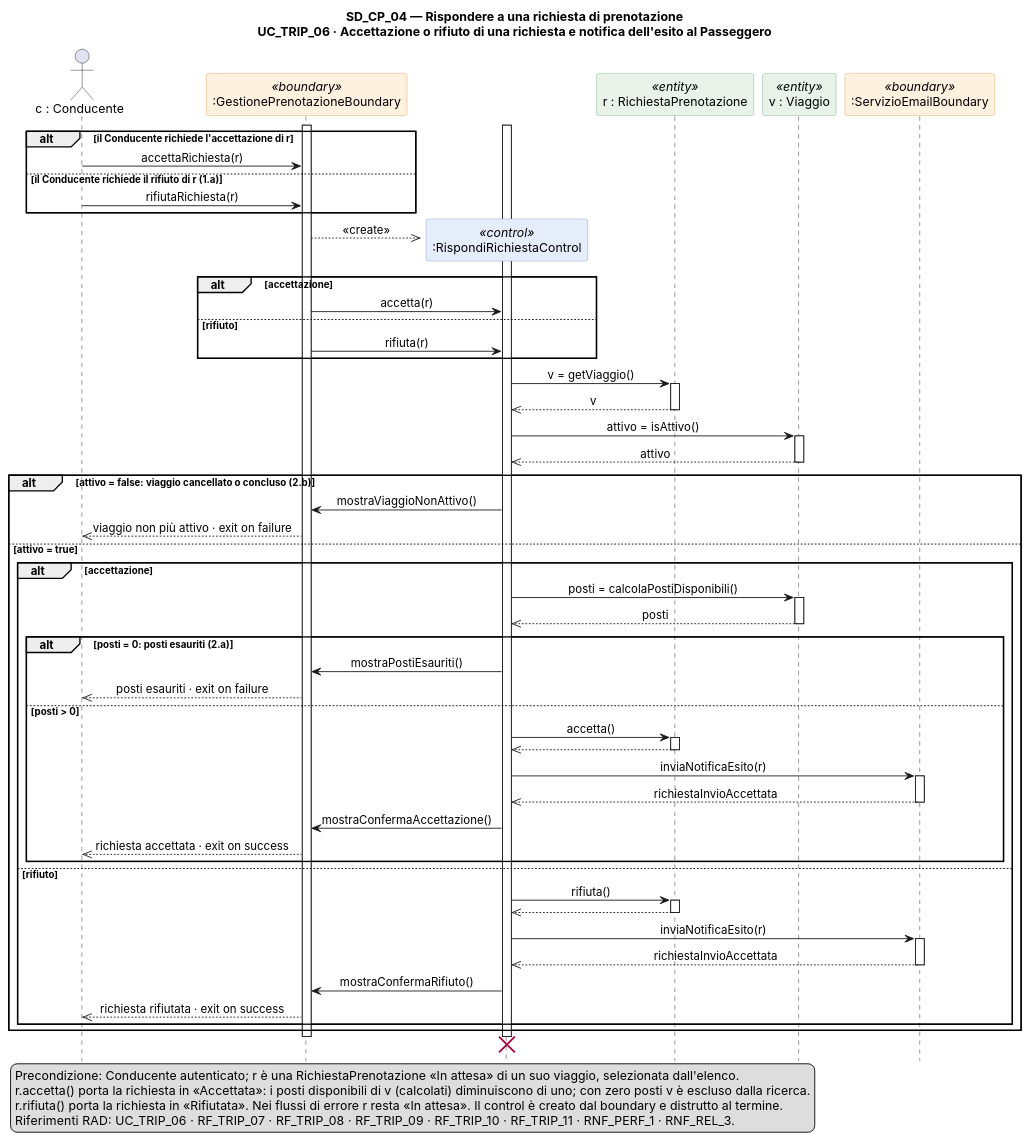
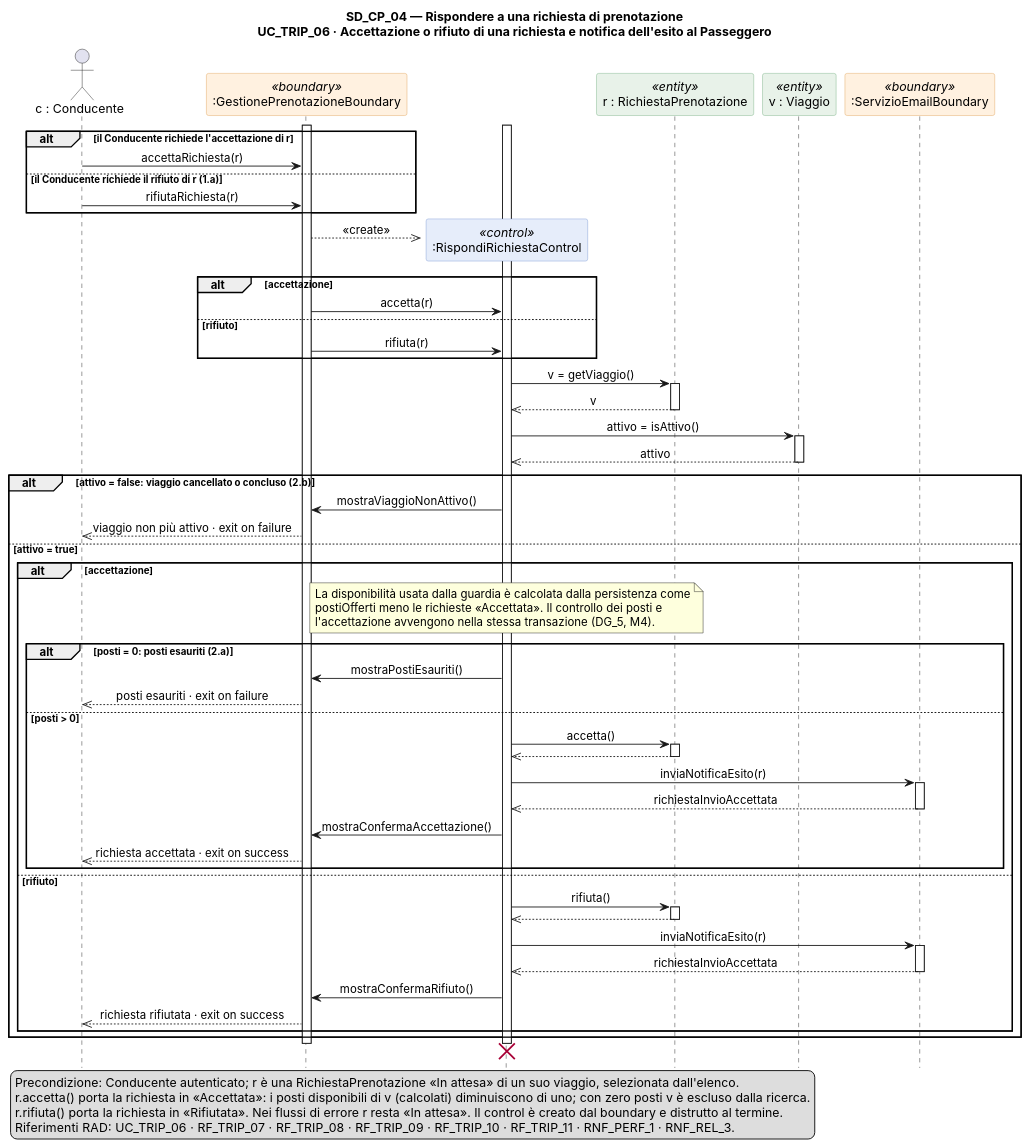
Before and after one commit to CarPool-C03/CarPool: the diagram in docs/modelli/SD_CP_04_Rispondere_richiesta_prenotazione.puml, drawn with PlantUML. The commit also changed 25 other files, not shown here.

```diff
--- a/docs/modelli/SD_CP_04_Rispondere_richiesta_prenotazione.puml
+++ b/docs/modelli/SD_CP_04_Rispondere_richiesta_prenotazione.puml
@@ -1,94 +1,95 @@
 @startuml SD_CP_04
 ' SD_CP_04 — Sequence Diagram di UC_TRIP_06: Rispondere a una richiesta di prenotazione
 skinparam shadowing false
 skinparam defaultFontName Inter
 skinparam sequenceMessageAlign center
 skinparam participant {
   BackgroundColor<<boundary>> #FFF1E0
   BorderColor<<boundary>> #E0A35A
   BackgroundColor<<control>> #E6EDFA
   BorderColor<<control>> #7D9BD6
   BackgroundColor<<entity>> #E8F2E9
   BorderColor<<entity>> #79B184
 }
 hide footbox
 title SD_CP_04 — Rispondere a una richiesta di prenotazione\nUC_TRIP_06 · Accettazione o rifiuto di una richiesta e notifica dell'esito al Passeggero
 
 actor "c : Conducente" as CD
 participant ":GestionePrenotazioneBoundary" as B <<boundary>>
 participant ":RispondiRichiestaControl" as C <<control>>
 participant "r : RichiestaPrenotazione" as R <<entity>>
 participant "v : Viaggio" as V <<entity>>
 participant ":ServizioEmailBoundary" as SE <<boundary>>
 
 alt il Conducente richiede l'accettazione di r
   CD -> B : accettaRichiesta(r)
 else il Conducente richiede il rifiuto di r (1.a)
   CD -> B : rifiutaRichiesta(r)
 end
 activate B
 create C
 B -->> C : <<create>>
 alt accettazione
   B -> C : accetta(r)
 else rifiuto
   B -> C : rifiuta(r)
 end
 activate C
 C -> R : v = getViaggio()
 activate R
 R -->> C : v
 deactivate R
 C -> V : attivo = isAttivo()
 activate V
 V -->> C : attivo
 deactivate V
 
 alt attivo = false: viaggio cancellato o concluso (2.b)
   C -> B : mostraViaggioNonAttivo()
   B -->> CD : viaggio non più attivo · exit on failure
 else attivo = true
   alt accettazione
-    C -> V : posti = calcolaPostiDisponibili()
-    activate V
-    V -->> C : posti
-    deactivate V
+    note over C
+      La disponibilità usata dalla guardia è calcolata dalla persistenza come
+      postiOfferti meno le richieste «Accettata». Il controllo dei posti e
+      l'accettazione avvengono nella stessa transazione (DG_5, M4).
+    end note
     alt posti = 0: posti esauriti (2.a)
       C -> B : mostraPostiEsauriti()
       B -->> CD : posti esauriti · exit on failure
     else posti > 0
       C -> R : accetta()
       activate R
       R -->> C
       deactivate R
       C -> SE : inviaNotificaEsito(r)
       activate SE
       SE -->> C : richiestaInvioAccettata
       deactivate SE
       C -> B : mostraConfermaAccettazione()
       B -->> CD : richiesta accettata · exit on success
     end
   else rifiuto
     C -> R : rifiuta()
     activate R
     R -->> C
     deactivate R
     C -> SE : inviaNotificaEsito(r)
     activate SE
     SE -->> C : richiestaInvioAccettata
     deactivate SE
     C -> B : mostraConfermaRifiuto()
     B -->> CD : richiesta rifiutata · exit on success
   end
 end
 deactivate C
 deactivate B
 destroy C
 
 legend bottom left
   Precondizione: Conducente autenticato; r è una RichiestaPrenotazione «In attesa» di un suo viaggio, selezionata dall'elenco.
   r.accetta() porta la richiesta in «Accettata»: i posti disponibili di v (calcolati) diminuiscono di uno; con zero posti v è escluso dalla ricerca.
   r.rifiuta() porta la richiesta in «Rifiutata». Nei flussi di errore r resta «In attesa». Il control è creato dal boundary e distrutto al termine.
   Riferimenti RAD: UC_TRIP_06 · RF_TRIP_07 · RF_TRIP_08 · RF_TRIP_09 · RF_TRIP_10 · RF_TRIP_11 · RNF_PERF_1 · RNF_REL_3.
 endlegend
 @enduml
```
